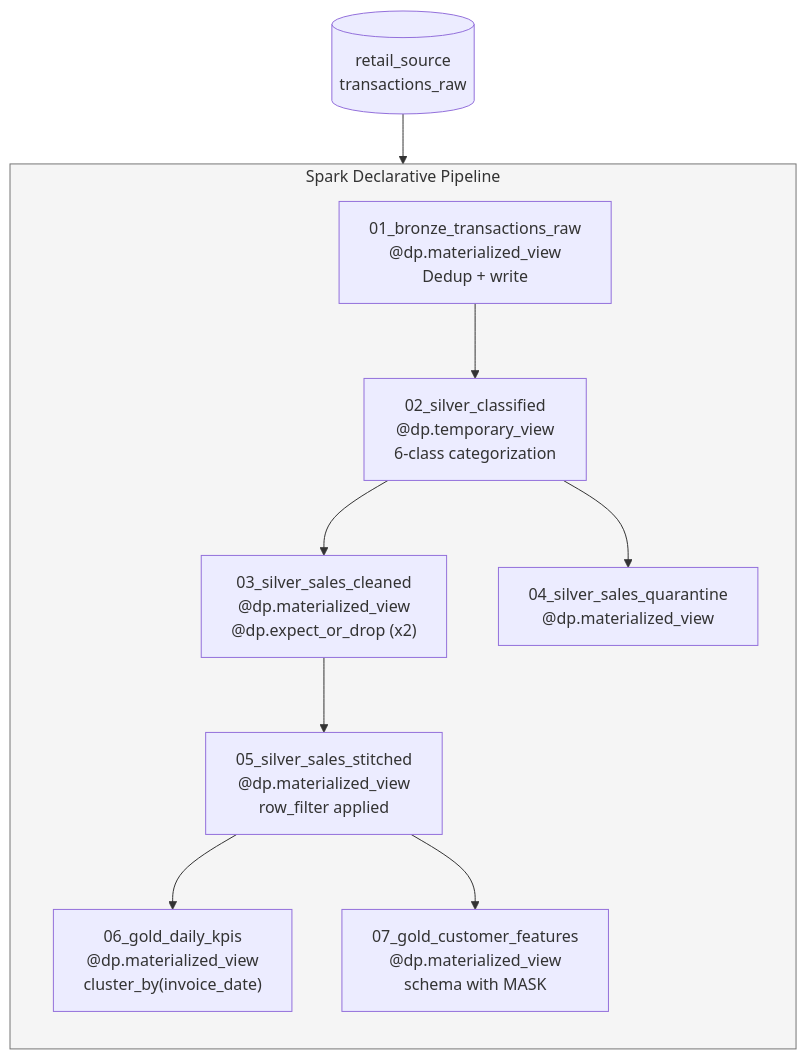
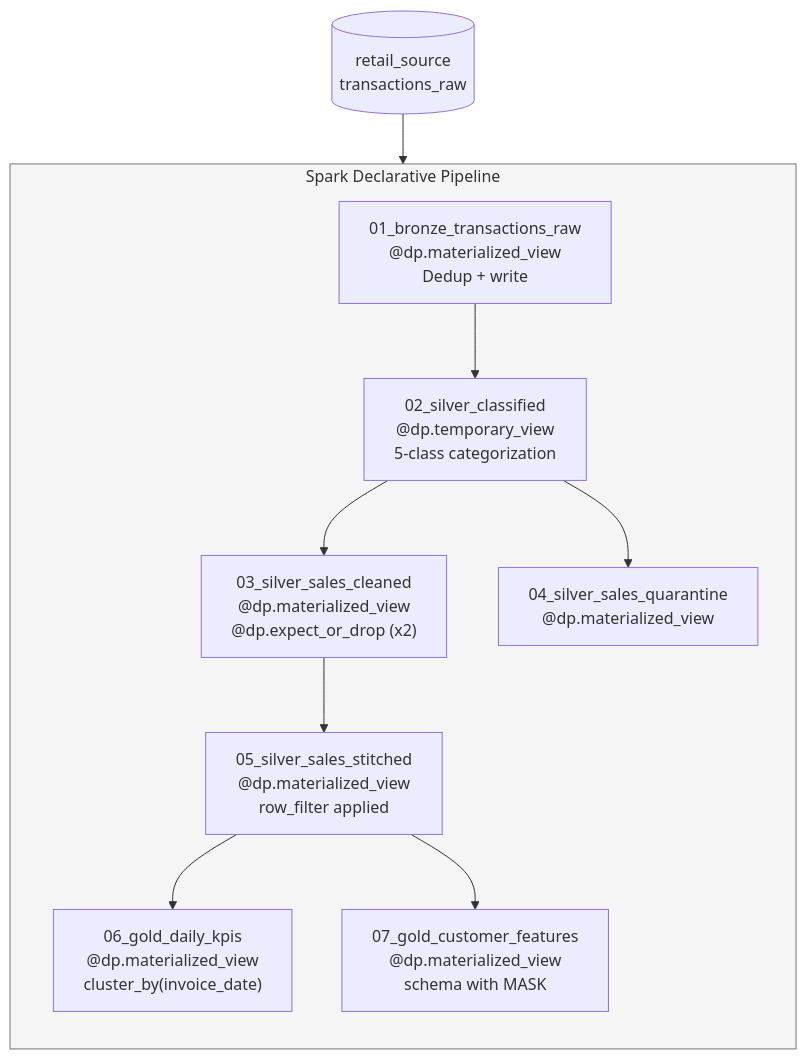
The third of 3 diagrams in assets/architecture_diagram.md (slysik/databricks-eda), drawn with Mermaid before and after one commit. The commit also changed other lines of this file and 22 other files, not shown here.

First line of the commit message:
Rewrite README for a technical walkthrough; token-driven architecture diagram (#1)

````diff
--- a/assets/architecture_diagram.md
+++ b/assets/architecture_diagram.md
@@ -136,22 +138,22 @@
 ```mermaid
 flowchart TB
     subgraph Pipeline["Spark Declarative Pipeline"]
         direction TB
         P1["01_bronze_transactions_raw<br/>@dp.materialized_view<br/>Dedup + write"]
-        P2["02_silver_classified<br/>@dp.temporary_view<br/>6-class categorization"]
+        P2["02_silver_classified<br/>@dp.temporary_view<br/>5-class categorization"]
         P3["03_silver_sales_cleaned<br/>@dp.materialized_view<br/>@dp.expect_or_drop (x2)"]
         P4["04_silver_sales_quarantine<br/>@dp.materialized_view"]
         P5["05_silver_sales_stitched<br/>@dp.materialized_view<br/>row_filter applied"]
         P6["06_gold_daily_kpis<br/>@dp.materialized_view<br/>cluster_by(invoice_date)"]
         P7["07_gold_customer_features<br/>@dp.materialized_view<br/>schema with MASK"]
     end
 
     SRC2[("retail_source<br/>transactions_raw")] --> P1 --> P2
     P2 --> P3
     P2 --> P4
     P3 --> P5
     P5 --> P6
     P5 --> P7
 
     style Pipeline fill:#f5f5f5,stroke:#757575
 ```
````
